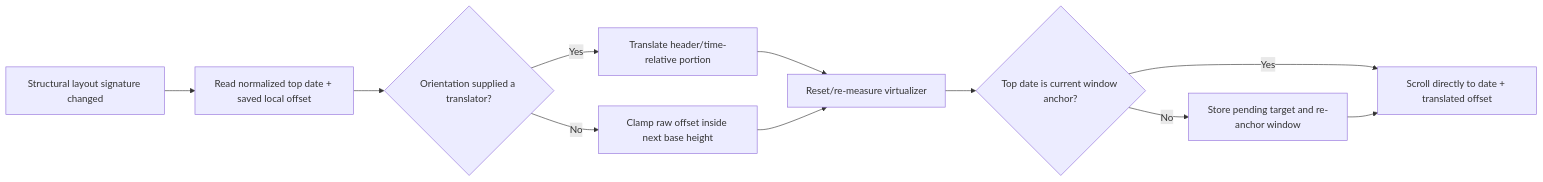
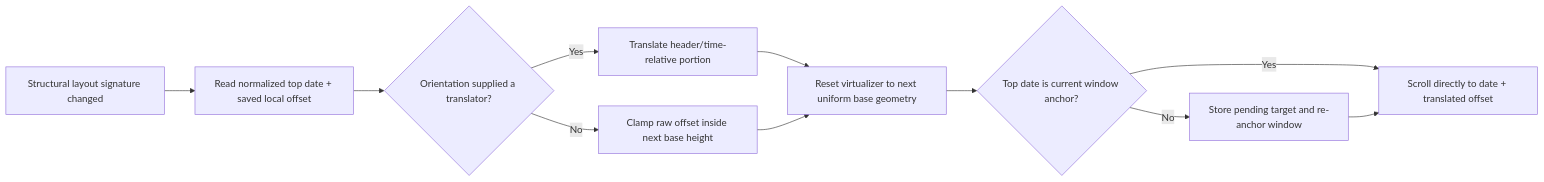
One commit to junomedical/quno-calendar changed the fifth of 8 diagrams in docs/flows/virtual-scroll-and-recenter.md. Above: the diagram before and after it, drawn with Mermaid. The commit also changed other lines of this file and 46 other files, not shown here.

````diff
--- a/docs/flows/virtual-scroll-and-recenter.md
+++ b/docs/flows/virtual-scroll-and-recenter.md
@@ -108,13 +108,13 @@
 ```mermaid
 flowchart LR
   Signature["Structural layout signature changed"] --> Read["Read normalized top date + saved local offset"]
   Read --> Translate{"Orientation supplied a translator?"}
   Translate -->|Yes| Semantic["Translate header/time-relative portion"]
   Translate -->|No| Clamp["Clamp raw offset inside next base height"]
-  Semantic --> Measure["Reset/re-measure virtualizer"]
+  Semantic --> Measure["Reset virtualizer to next uniform base geometry"]
   Clamp --> Measure
   Measure --> Same{"Top date is current window anchor?"}
   Same -->|Yes| Restore["Scroll directly to date + translated offset"]
   Same -->|No| Pending["Store pending target and re-anchor window"]
   Pending --> Restore
 ```
````
